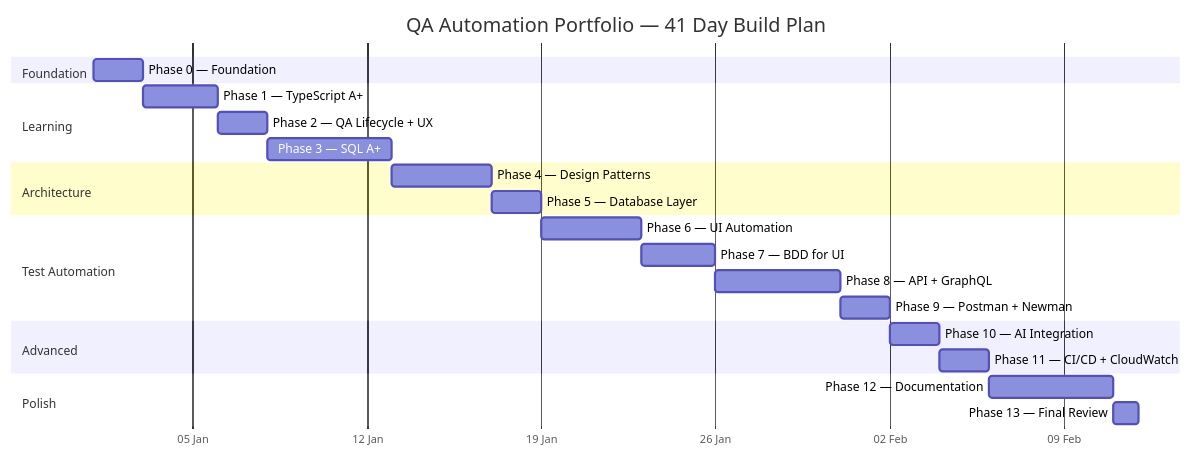
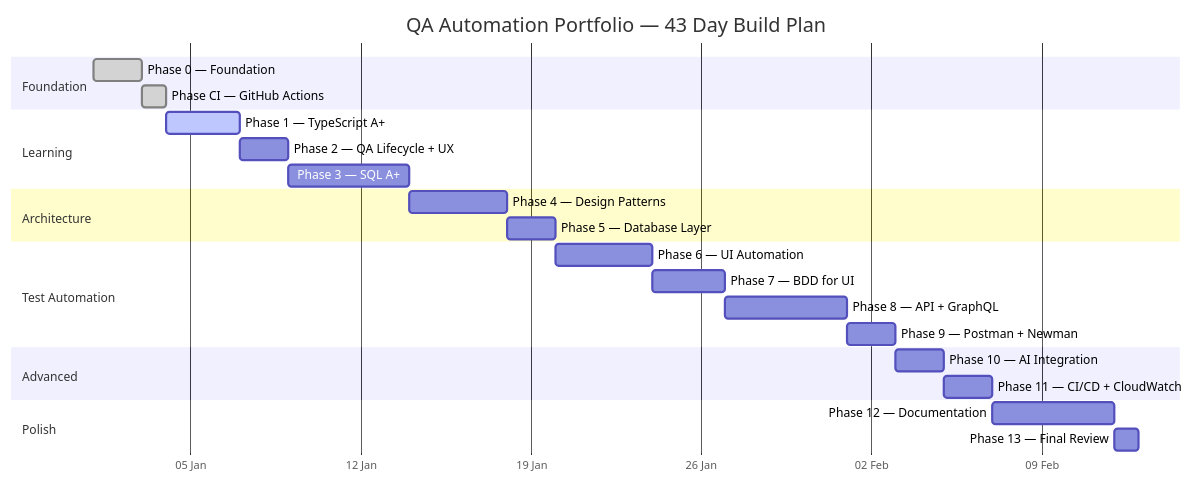
The diagram in GANTT.md (sashika-hsg/qa-automation-portfolio), drawn with Mermaid before and after one commit. The commit also changed other lines of this file and 1 other file, not shown here.

Commit message:
docs: update gantt - ci complete, phase 1 in progress

````diff
--- a/GANTT.md
+++ b/GANTT.md
@@ -11,32 +11,33 @@
 ```mermaid
 gantt
-  title QA Automation Portfolio — 41 Day Build Plan
+  title QA Automation Portfolio — 43 Day Build Plan
   dateFormat YYYY-MM-DD
   axisFormat %d %b
 
   section Foundation
-  Phase 0 — Foundation           :p0, 2025-01-01, 2d
+  Phase 0 — Foundation           :done, p0, 2025-01-01, 2d
+  Phase CI — GitHub Actions      :done, pci, after p0, 1d
 
   section Learning
-  Phase 1 — TypeScript A+        :p1, after p0, 3d
+  Phase 1 — TypeScript A+        :active, p1, after pci, 3d
   Phase 2 — QA Lifecycle + UX    :p2, after p1, 2d
   Phase 3 — SQL A+               :p3, after p2, 5d
 
   section Architecture
   Phase 4 — Design Patterns      :p4, after p3, 4d
   Phase 5 — Database Layer       :p5, after p4, 2d
 
   section Test Automation
   Phase 6 — UI Automation        :p6, after p5, 4d
   Phase 7 — BDD for UI           :p7, after p6, 3d
-  Phase 8 — API + GraphQL        :p8, after p7, 5d   
+  Phase 8 — API + GraphQL        :p8, after p7, 5d
   Phase 9 — Postman + Newman     :p9, after p8, 2d
 
   section Advanced
   Phase 10 — AI Integration      :p10, after p9, 2d
   Phase 11 — CI/CD + CloudWatch  :p11, after p10, 2d
 
   section Polish
   Phase 12 — Documentation       :p12, after p11, 5d
   Phase 13 — Final Review        :p13, after p12, 1d
 ```
````
